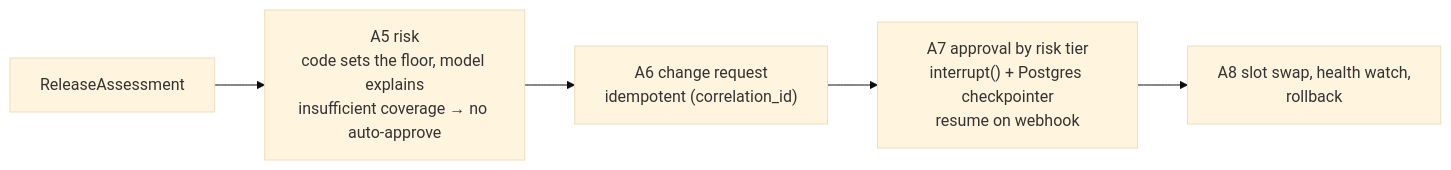
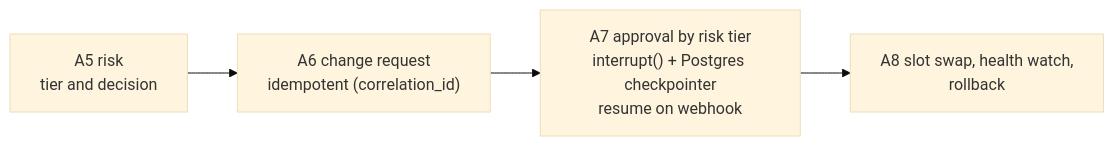
One commit to Aman-desta/release-copilot changed diagram 11 of 12 in docs/execution-model.md. Above: the diagram before and after it, drawn with Mermaid (base theme). The commit also changed other lines of this file and 15 other files, not shown here.

````diff
--- a/docs/execution-model.md
+++ b/docs/execution-model.md
@@ -448,7 +470,6 @@
 ```mermaid
 flowchart LR
-    RA["ReleaseAssessment"] --> A5["A5 risk<br/>code sets the floor, model explains<br/>insufficient coverage → no auto-approve"]
-    A5 --> A6["A6 change request<br/>idempotent (correlation_id)"]
+    A5["A5 risk<br/>tier and decision"] --> A6["A6 change request<br/>idempotent (correlation_id)"]
     A6 --> A7["A7 approval by risk tier<br/>interrupt() + Postgres checkpointer<br/>resume on webhook"]
     A7 --> A8["A8 slot swap, health watch,<br/>rollback"]
 ```
````
